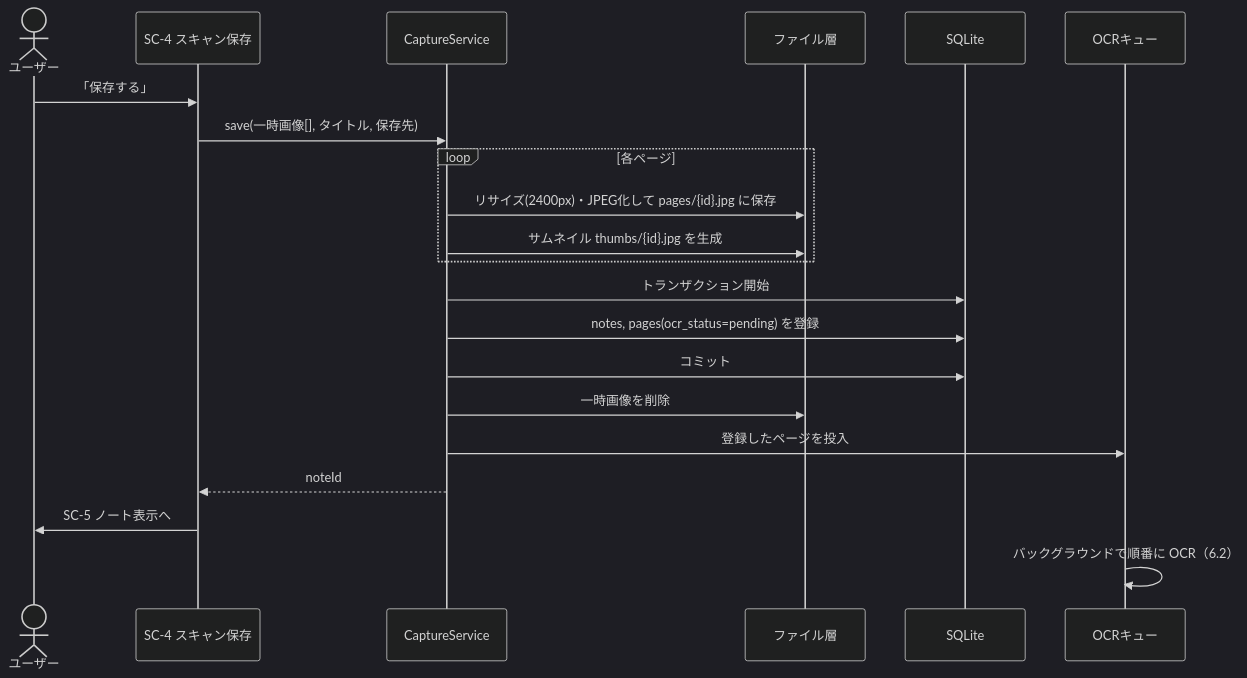
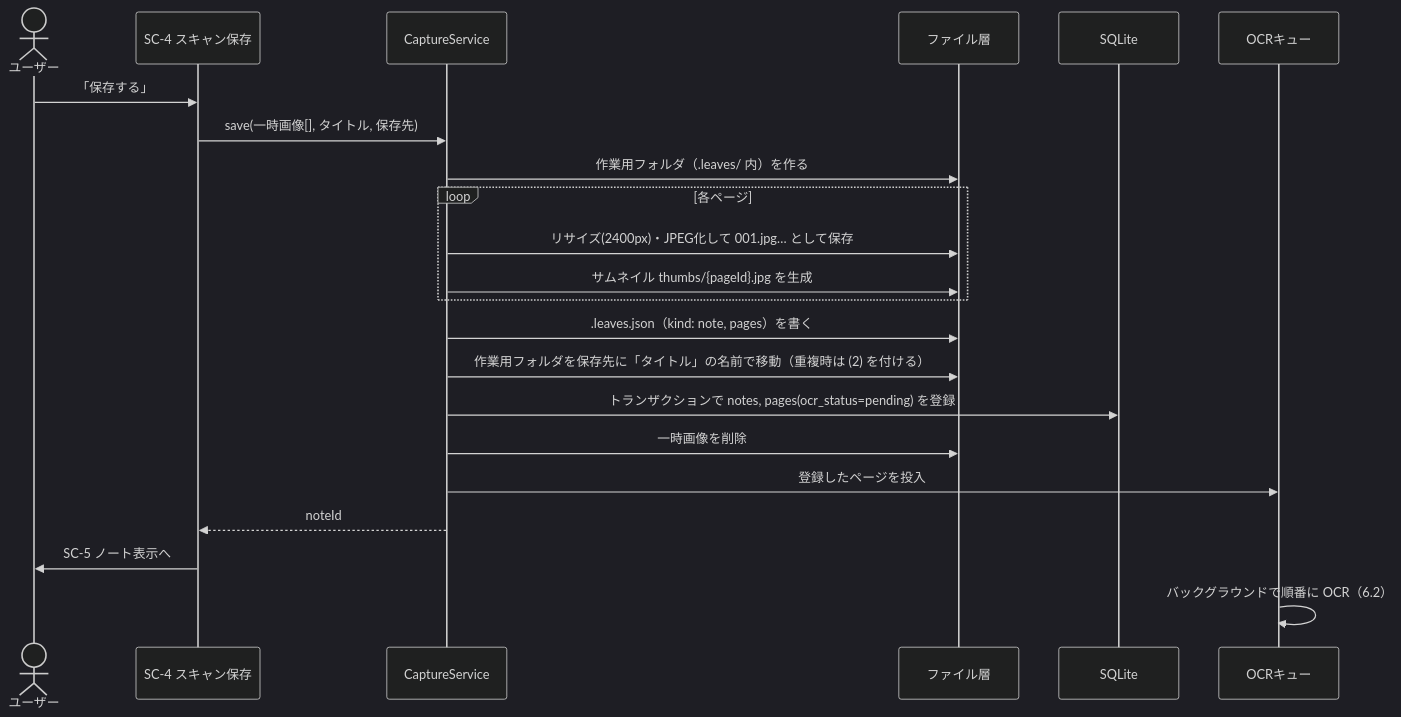
The fourth of 6 diagrams in docs/02_basic-design/basic-design.md (SasaBranch/Leaves), drawn with Mermaid (dark theme) before and after one commit. The commit also changed other lines of this file and 4 other files, not shown here.

````diff
--- a/docs/02_basic-design/basic-design.md
+++ b/docs/02_basic-design/basic-design.md
@@ -380,24 +461,25 @@
 ```mermaid
 sequenceDiagram
   actor U as ユーザー
   participant S4 as SC-4 スキャン保存
   participant CS as CaptureService
   participant FS as ファイル層
   participant DB as SQLite
   participant Q as OCRキュー
 
   U->>S4: 「保存する」
   S4->>CS: save(一時画像[], タイトル, 保存先)
+  CS->>FS: 作業用フォルダ（.leaves/ 内）を作る
   loop 各ページ
-    CS->>FS: リサイズ(2400px)・JPEG化して pages/{id}.jpg に保存
-    CS->>FS: サムネイル thumbs/{id}.jpg を生成
+    CS->>FS: リサイズ(2400px)・JPEG化して 001.jpg… として保存
+    CS->>FS: サムネイル thumbs/{pageId}.jpg を生成
   end
-  CS->>DB: トランザクション開始
-  CS->>DB: notes, pages(ocr_status=pending) を登録
-  CS->>DB: コミット
+  CS->>FS: .leaves.json（kind: note, pages）を書く
+  CS->>FS: 作業用フォルダを保存先に「タイトル」の名前で移動（重複時は (2) を付ける）
+  CS->>DB: トランザクションで notes, pages(ocr_status=pending) を登録
   CS->>FS: 一時画像を削除
   CS->>Q: 登録したページを投入
   CS-->>S4: noteId
   S4->>U: SC-5 ノート表示へ
   Q->>Q: バックグラウンドで順番に OCR（6.2）
 ```
````
